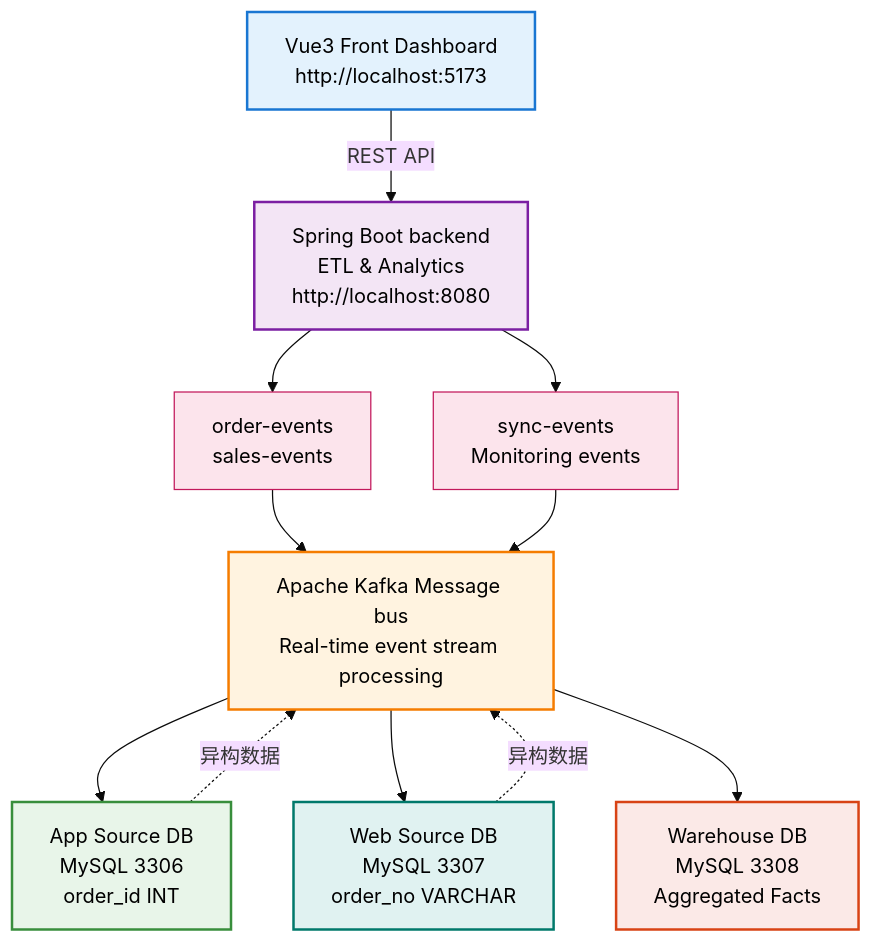
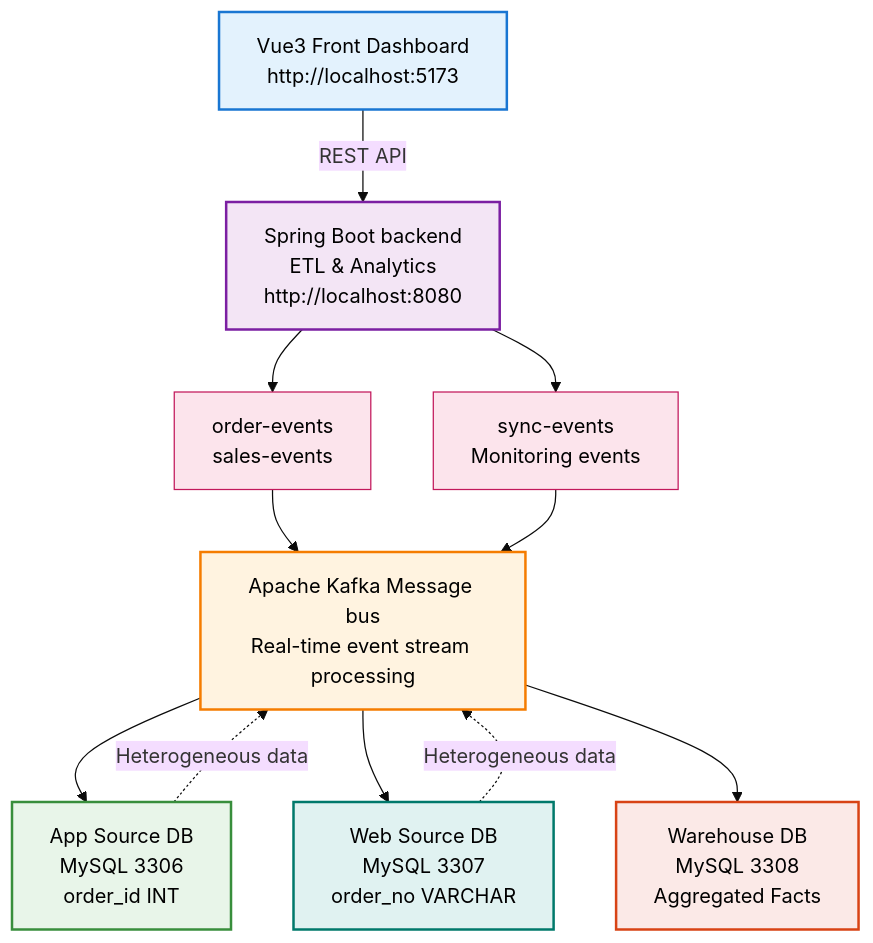
One commit to jianglei919/ecommerce_data_warehouse changed the diagram in README.md. Above: the diagram before and after it, drawn with Mermaid.

````diff
--- a/README.md
+++ b/README.md
@@ -21,40 +21,40 @@
 ```mermaid
 ---
 config:
   layout: dagre
   theme: base
 ---
 flowchart TD
     FE[" Vue3 Front Dashboard<br/>http://localhost:5173"]
 
     BE[" Spring Boot backend<br/>ETL & Analytics<br/>http://localhost:8080"]
 
     OE[" order-events<br/>sales-events"]
     SE[" sync-events<br/>Monitoring events"]
 
     KAFKA[" Apache Kafka Message bus<br/>Real-time event stream processing"]
 
     APP[" App Source DB<br/>MySQL 3306<br/>order_id INT"]
     WEB[" Web Source DB<br/>MySQL 3307<br/>order_no VARCHAR"]
     WH[" Warehouse DB<br/>MySQL 3308<br/>Aggregated Facts"]
 
     FE -->|REST API| BE
     BE --> OE
     BE --> SE
     OE --> KAFKA
     SE --> KAFKA
     KAFKA --> APP
     KAFKA --> WEB
     KAFKA --> WH
-    APP -.->|异构数据| KAFKA
-    WEB -.->|异构数据| KAFKA
+    APP -.->|Heterogeneous data| KAFKA
+    WEB -.->|Heterogeneous data| KAFKA
 
     style FE fill:#e3f2fd,stroke:#1976d2,stroke-width:2px,color:#000
     style BE fill:#f3e5f5,stroke:#7b1fa2,stroke-width:2px,color:#000
     style KAFKA fill:#fff3e0,stroke:#f57c00,stroke-width:2px,color:#000
     style OE fill:#fce4ec,stroke:#c2185b,stroke-width:1px,color:#000
     style SE fill:#fce4ec,stroke:#c2185b,stroke-width:1px,color:#000
     style APP fill:#e8f5e9,stroke:#388e3c,stroke-width:2px,color:#000
     style WEB fill:#e0f2f1,stroke:#00796b,stroke-width:2px,color:#000
     style WH fill:#fbe9e7,stroke:#d84315,stroke-width:2px,color:#000
 ```
````
